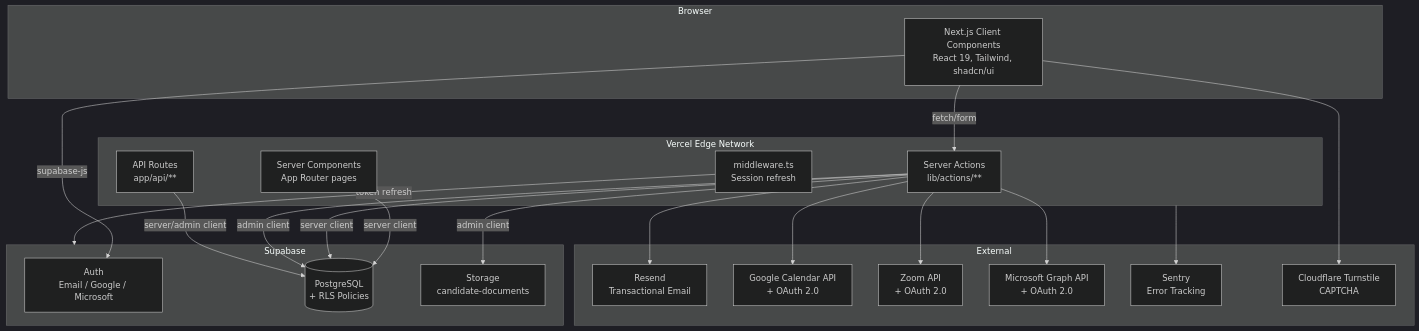
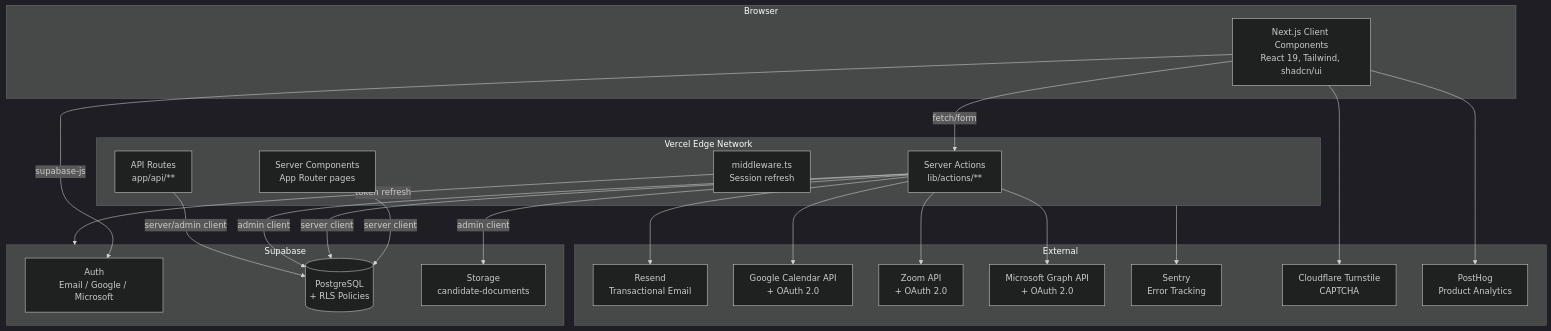
Before and after one commit to Merabishvili/HRHandle: the diagram in docs/3-architecture/overview.md, drawn with Mermaid (dark theme). The commit also changed other lines of this file and 14 other files, not shown here.

First line of the commit message:
Add PostHog product analytics (EU, production-only)

````diff
--- a/docs/3-architecture/overview.md
+++ b/docs/3-architecture/overview.md
@@ -16,43 +17,45 @@
 ```mermaid
 graph TB
     subgraph Browser
         UI[Next.js Client Components<br/>React 19, Tailwind, shadcn/ui]
     end
 
     subgraph Vercel["Vercel Edge Network"]
         MW[middleware.ts<br/>Session refresh]
         SC[Server Components<br/>App Router pages]
         SA[Server Actions<br/>lib/actions/**]
         AR[API Routes<br/>app/api/**]
     end
 
     subgraph Supabase
         AUTH[Auth<br/>Email / Google / Microsoft]
         DB[(PostgreSQL<br/>+ RLS Policies)]
         ST[Storage<br/>candidate-documents]
     end
 
     subgraph External
         RESEND[Resend<br/>Transactional Email]
         GOOGLE[Google Calendar API<br/>+ OAuth 2.0]
         ZOOM[Zoom API<br/>+ OAuth 2.0]
         MS[Microsoft Graph API<br/>+ OAuth 2.0]
         SENTRY[Sentry<br/>Error Tracking]
         CF[Cloudflare Turnstile<br/>CAPTCHA]
+        POSTHOG[PostHog<br/>Product Analytics]
     end
 
     UI -->|fetch/form| SA
     UI -->|supabase-js| AUTH
     MW -->|token refresh| Supabase
     SC -->|server client| DB
     SA -->|server client| DB
     SA -->|admin client| DB
     SA -->|admin client| ST
     AR -->|server/admin client| DB
     SA --> RESEND
     SA --> GOOGLE
     SA --> ZOOM
     SA --> MS
     UI --> CF
+    UI --> POSTHOG
     Vercel --> SENTRY
 ```
````
